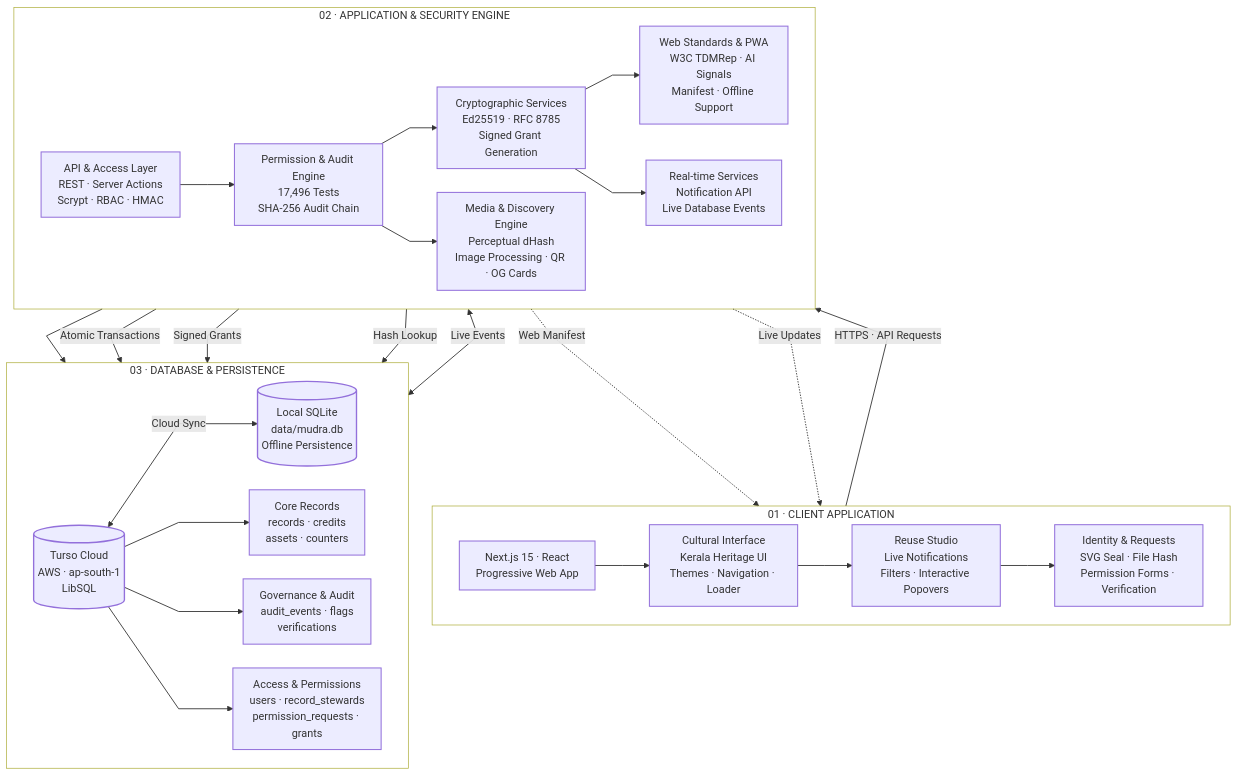
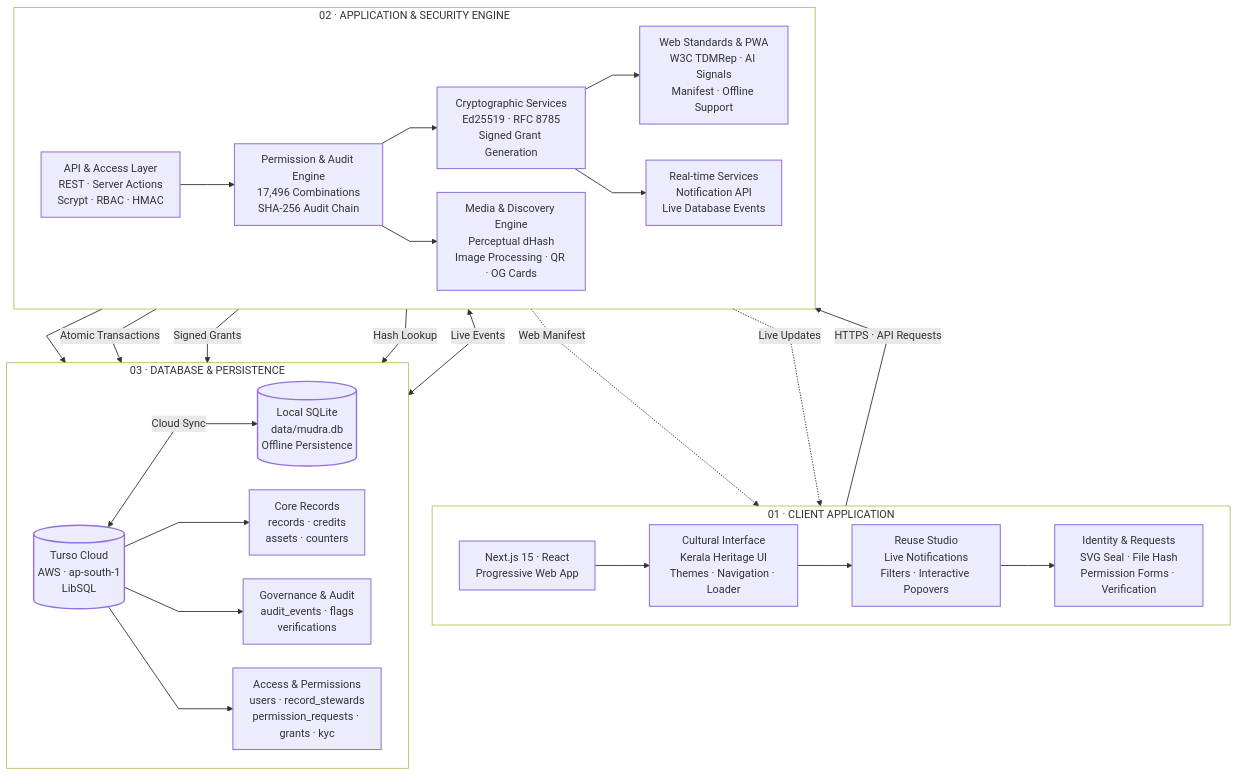
Before and after one commit to Abhin-Krishna-MP/Mudra: the diagram in README.md, drawn with Mermaid. The commit also changed other lines of this file, not shown here.

```diff
--- a/README.md
+++ b/README.md
@@ -226,7 +214,7 @@
 
         API["API & Access Layer<br/>REST · Server Actions<br/>Scrypt · RBAC · HMAC"]
 
-        CORE["Permission & Audit Engine<br/>17,496 Tests<br/>SHA-256 Audit Chain"]
+        CORE["Permission & Audit Engine<br/>17,496 Combinations<br/>SHA-256 Audit Chain"]
 
         CRYPTO["Cryptographic Services<br/>Ed25519 · RFC 8785<br/>Signed Grant Generation"]
 
@@ -255,7 +243,7 @@
 
         AUDITDB["Governance & Audit<br/>audit_events · flags<br/>verifications"]
 
-        ACCESSDB["Access & Permissions<br/>users · record_stewards<br/>permission_requests · grants"]
+        ACCESSDB["Access & Permissions<br/>users · record_stewards<br/>permission_requests · grants · kyc"]
 
         TURSO <-->|Cloud Sync| SQLITE
 
```
